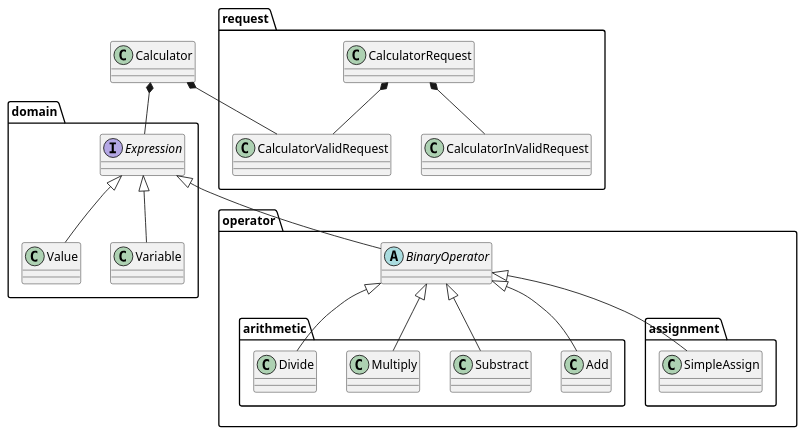
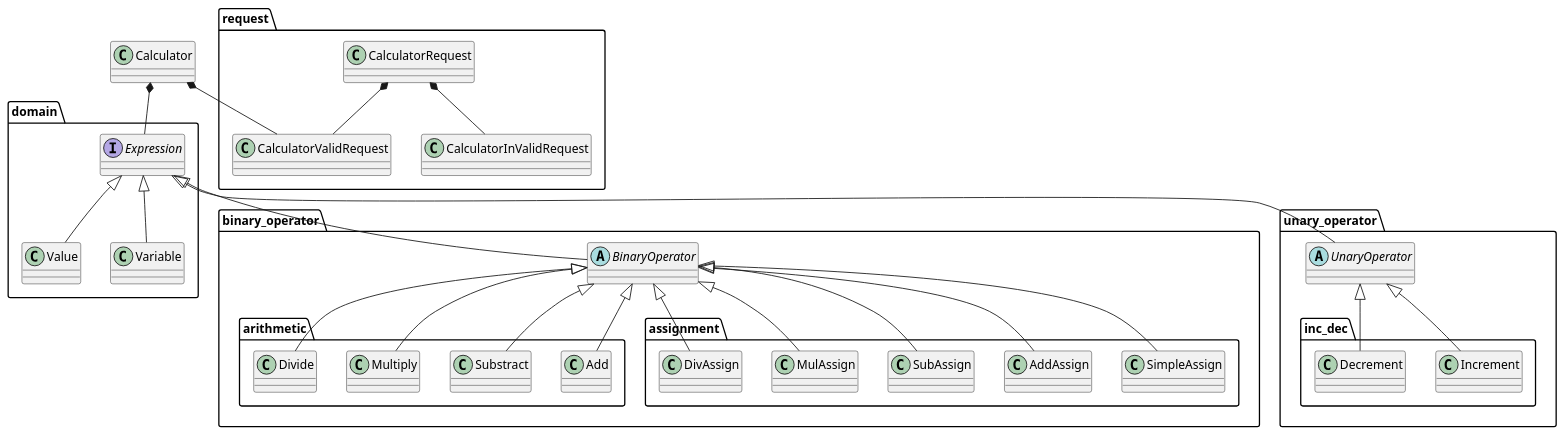
One commit to ue-sho/Calculator changed the diagram in doc/class_diagram.pu. Above: the diagram before and after it, drawn with PlantUML. The commit also changed 3 other files, not shown here.

```diff
--- a/doc/class_diagram.pu
+++ b/doc/class_diagram.pu
@@ -1,28 +1,40 @@
 @startuml class
 package domain {
     interface Expression
     Expression <|-- Value
     Expression <|-- Variable
 }
-package operator {
+package binary_operator {
     abstract BinaryOperator
     Expression <|-- BinaryOperator
     package arithmetic {
         BinaryOperator <|-- Add
         BinaryOperator <|-- Substract
         BinaryOperator <|-- Multiply
         BinaryOperator <|-- Divide
     }
     package assignment {
         BinaryOperator <|-- SimpleAssign
+        BinaryOperator <|-- AddAssign
+        BinaryOperator <|-- SubAssign
+        BinaryOperator <|-- MulAssign
+        BinaryOperator <|-- DivAssign
+    }
+}
+package unary_operator {
+    abstract UnaryOperator
+    Expression <|-- UnaryOperator
+    package inc_dec {
+        UnaryOperator <|-- Increment
+        UnaryOperator <|-- Decrement
     }
 }
 package request {
     CalculatorRequest *-- CalculatorValidRequest
     CalculatorRequest *-- CalculatorInValidRequest
 }
 Calculator *-- Expression
 Calculator *-- CalculatorValidRequest
 
 
 @enduml
```
